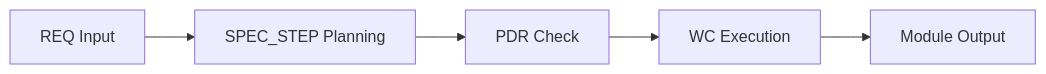
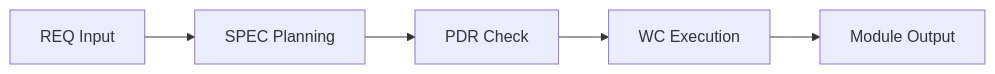
One commit to pigsly/AxiomFlow changed the diagram in docs/en/examples/ADR.module-flow.md. Above: the diagram before and after it, drawn with Mermaid. The commit also changed 31 other files, not shown here.

````diff
--- a/docs/en/examples/ADR.module-flow.md
+++ b/docs/en/examples/ADR.module-flow.md
@@ -19,7 +19,7 @@
 ```mermaid
 flowchart LR
-    REQ[REQ Input] --> SPEC[SPEC_STEP Planning]
+    REQ[REQ Input] --> SPEC[SPEC Planning]
     SPEC --> PDR[PDR Check]
     PDR --> WC[WC Execution]
     WC --> RESULT[Module Output]
 ```
````
